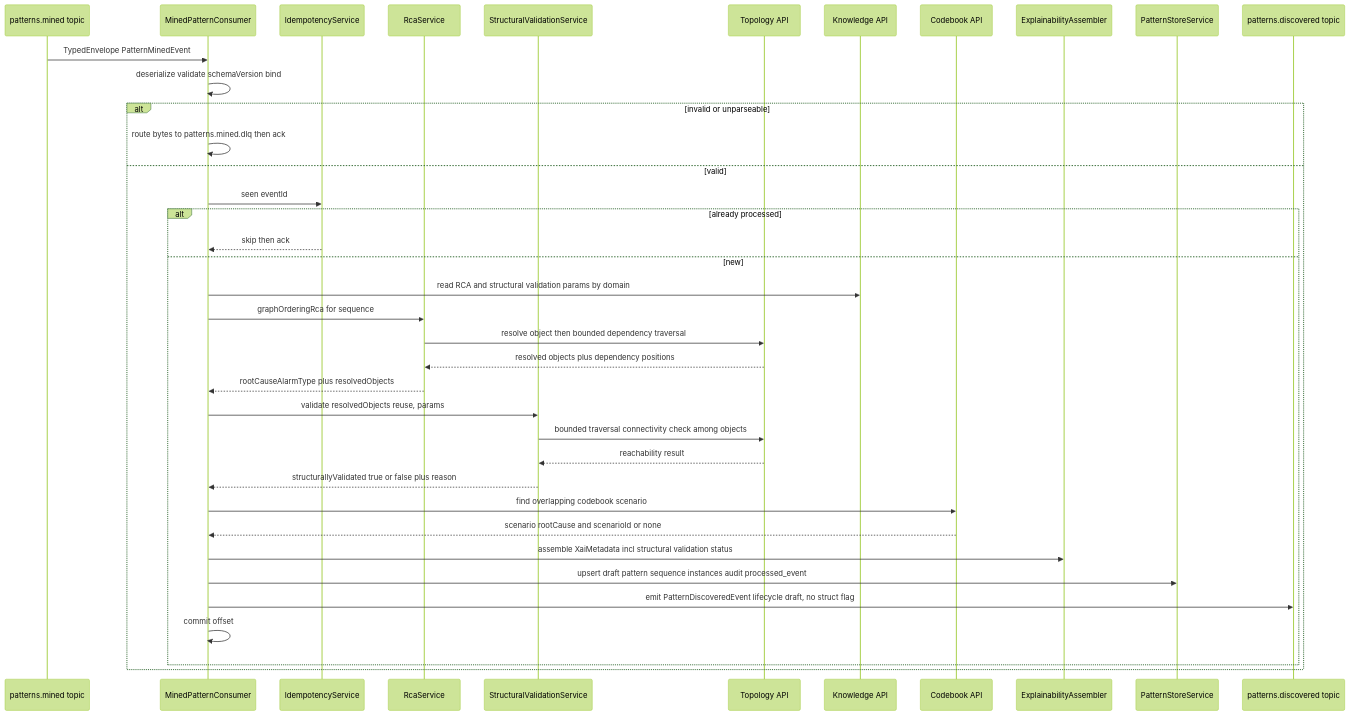
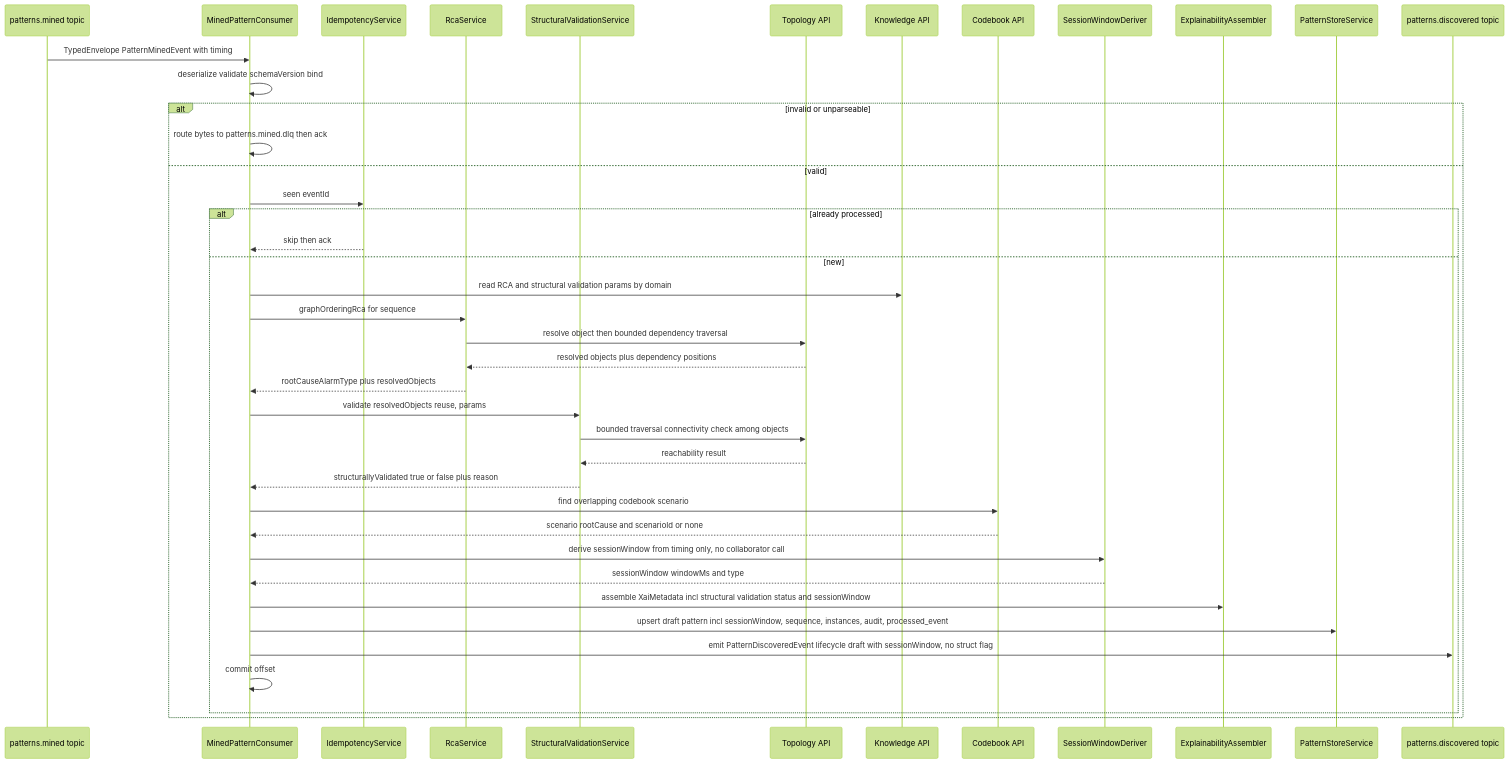
One commit to nikhilmohan/correlation-platform changed the fourth of 9 diagrams in services/pattern-manager/design.md. Above: the diagram before and after it, drawn with Mermaid (forest theme). The commit also changed other lines of this file, not shown here.

First line of the commit message:
design(pattern-manager): derive, populate, persist and serve sessionWindow

````diff
--- a/services/pattern-manager/design.md
+++ b/services/pattern-manager/design.md
@@ -383,40 +438,43 @@
 ```mermaid
 sequenceDiagram
   participant K as patterns.mined topic
   participant C as MinedPatternConsumer
   participant I as IdempotencyService
   participant R as RcaService
   participant V as StructuralValidationService
   participant T as Topology API
   participant N as Knowledge API
   participant B as Codebook API
+  participant W as SessionWindowDeriver
   participant X as ExplainabilityAssembler
   participant S as PatternStoreService
   participant P as patterns.discovered topic
-  K->>C: TypedEnvelope PatternMinedEvent
+  K->>C: TypedEnvelope PatternMinedEvent with timing
   C->>C: deserialize validate schemaVersion bind
   alt invalid or unparseable
     C->>C: route bytes to patterns.mined.dlq then ack
   else valid
     C->>I: seen eventId
     alt already processed
       I-->>C: skip then ack
     else new
       C->>N: read RCA and structural validation params by domain
       C->>R: graphOrderingRca for sequence
       R->>T: resolve object then bounded dependency traversal
       T-->>R: resolved objects plus dependency positions
       R-->>C: rootCauseAlarmType plus resolvedObjects
       C->>V: validate resolvedObjects reuse, params
       V->>T: bounded traversal connectivity check among objects
       T-->>V: reachability result
       V-->>C: structurallyValidated true or false plus reason
       C->>B: find overlapping codebook scenario
       B-->>C: scenario rootCause and scenarioId or none
-      C->>X: assemble XaiMetadata incl structural validation status
-      C->>S: upsert draft pattern sequence instances audit processed_event
-      C->>P: emit PatternDiscoveredEvent lifecycle draft, no struct flag
+      C->>W: derive sessionWindow from timing only, no collaborator call
+      W-->>C: sessionWindow windowMs and type
+      C->>X: assemble XaiMetadata incl structural validation status and sessionWindow
+      C->>S: upsert draft pattern incl sessionWindow, sequence, instances, audit, processed_event
+      C->>P: emit PatternDiscoveredEvent lifecycle draft with sessionWindow, no struct flag
       C->>C: commit offset
     end
   end
 ```
````
